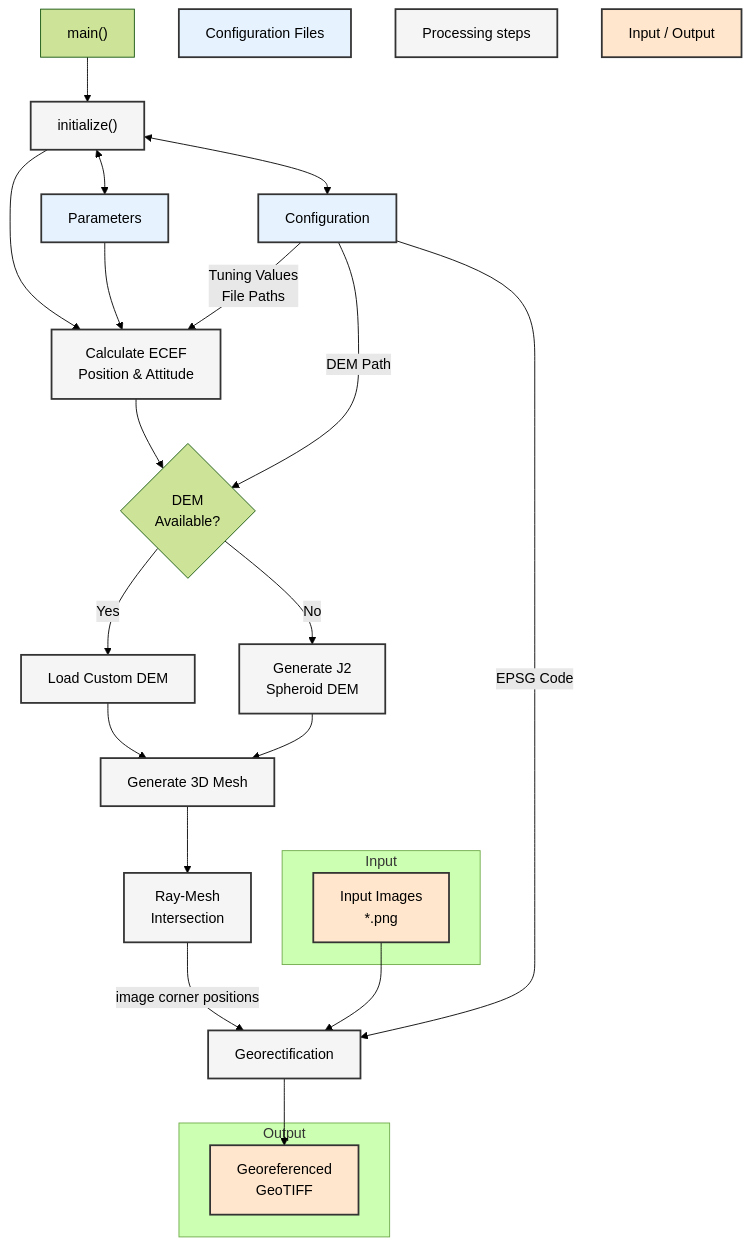
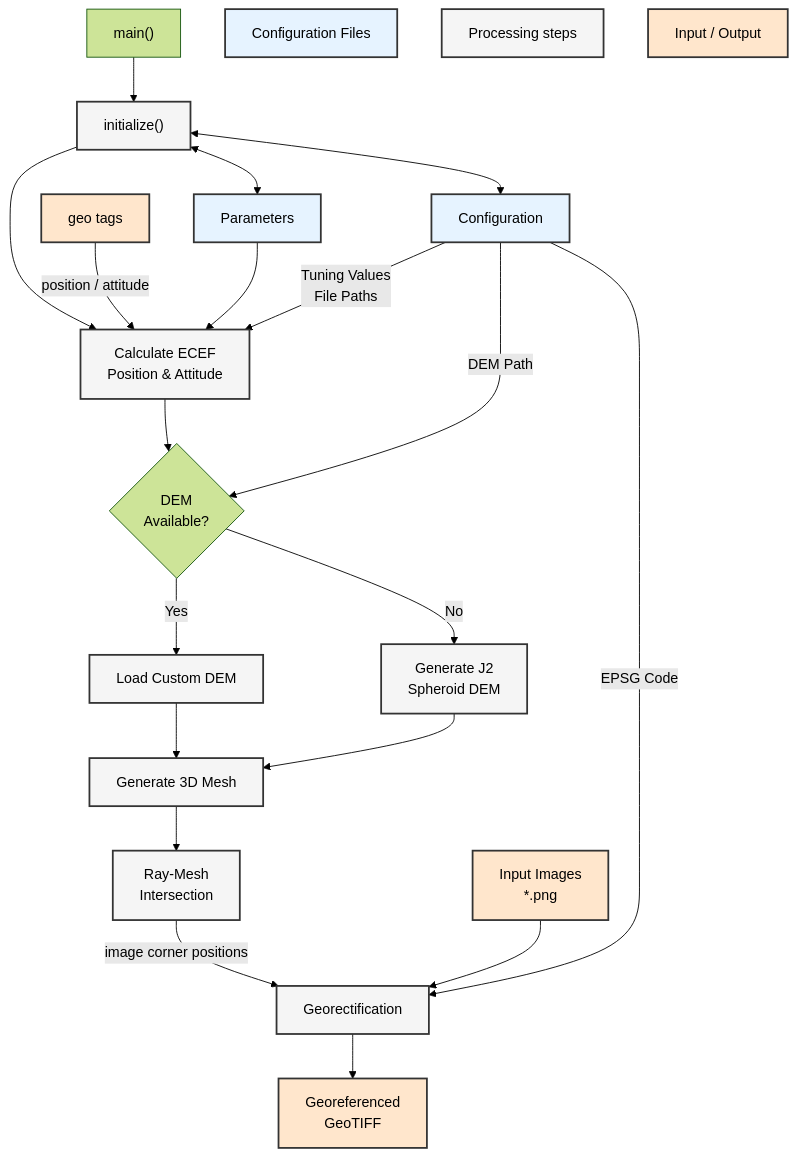
The diagram in README.md (OliverHasle/SeaBee_Mugin_georef), drawn with Mermaid (forest theme) before and after one commit. The commit also changed other lines of this file and 7 other files, not shown here.

Commit message:
Bugfixes: - Image synchronization between geo-log and actuall image fixed. - DEM height and flight hight changed to barometeric height.

````diff
--- a/README.md
+++ b/README.md
@@ -124,40 +128,33 @@
 ```mermaid
 graph TD
     Main["main()"] --> Init["initialize()"]
     Init                <--> Config[Configuration]
     Init                <--> Params[Parameters] 
     Init                --> geoPose[Calculate ECEF <br> Position & Attitude]
+    geoLog[geo tags]    --> |position / attitude|geoPose
     geoPose             --> demCheck{DEM <br> Available?}
     Config              --> |DEM Path|demCheck
     Params              --> geoPose
     demCheck            --> |No|j2_dem[Generate J2 <br> Spheroid DEM]
     demCheck            --> |Yes|cust_dem[Load Custom DEM]
     cust_dem            --> mesh3d[Generate 3D Mesh]
     j2_dem              --> mesh3d
     mesh3d              --> rayIntersect[Ray-Mesh <br> Intersection]
     rayIntersect        --> |image corner positions|georef[Georectification]
     images[Input Images\n*.png] --> georef
     Config              --> |EPSG Code|georef
     Config              --> |Tuning Values <br> File Paths|geoPose
     georef              --> output[Georeferenced <br> GeoTIFF]
-
-    subgraph Input
-        images[Input Images <br> *.png]
-    end
-
     
     ConfigFiles[Configuration Files]
     code[Processing steps]
     inpOut[Input / Output]
     
-    subgraph Output
-        output[Georeferenced\nGeoTIFF]
-    end
-
+ 
 classDef config fill:#e6f3ff,stroke:#333,stroke-width:2px
 classDef io fill:#ffe6cc,stroke:#333,stroke-width:2px
 classDef process fill:#f5f5f5,stroke:#333,stroke-width:2px
 class Config,Params,ConfigFiles config
-class images,output,inpOut io
+class images,output,inpOut,geoLog io
 class Init,geoPose,j2_dem,cust_dem,mesh3d,rayIntersect,georef,code process
 ```
````
